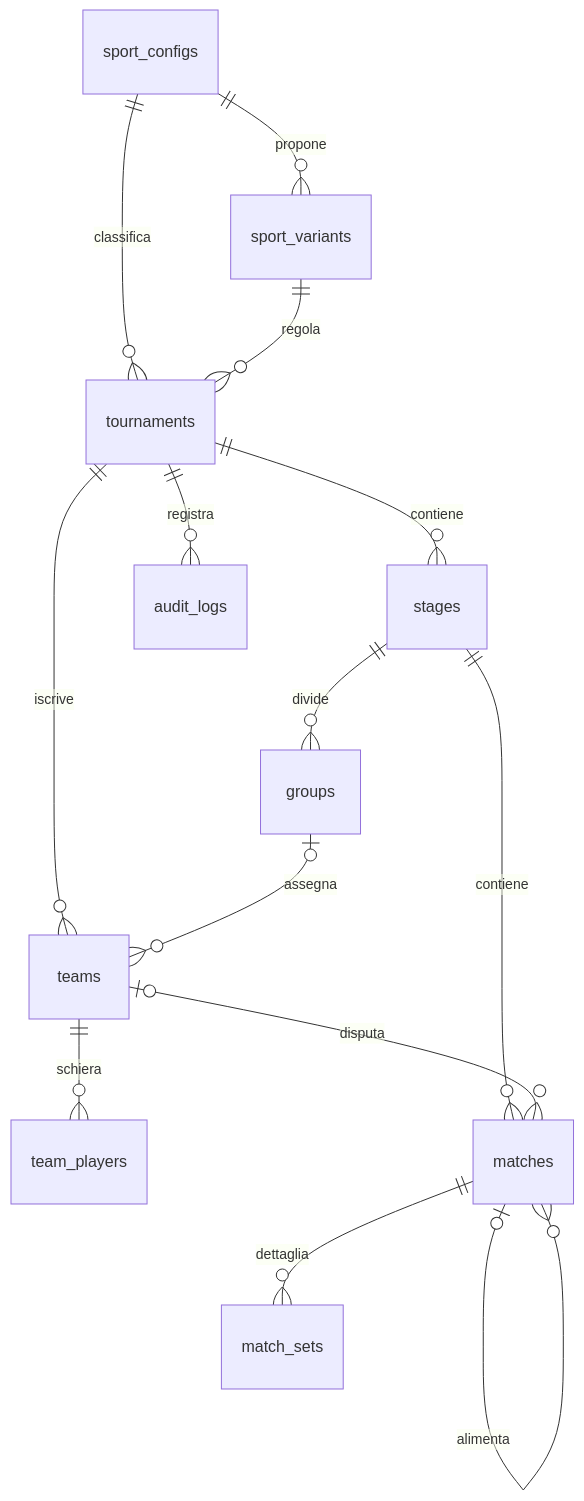
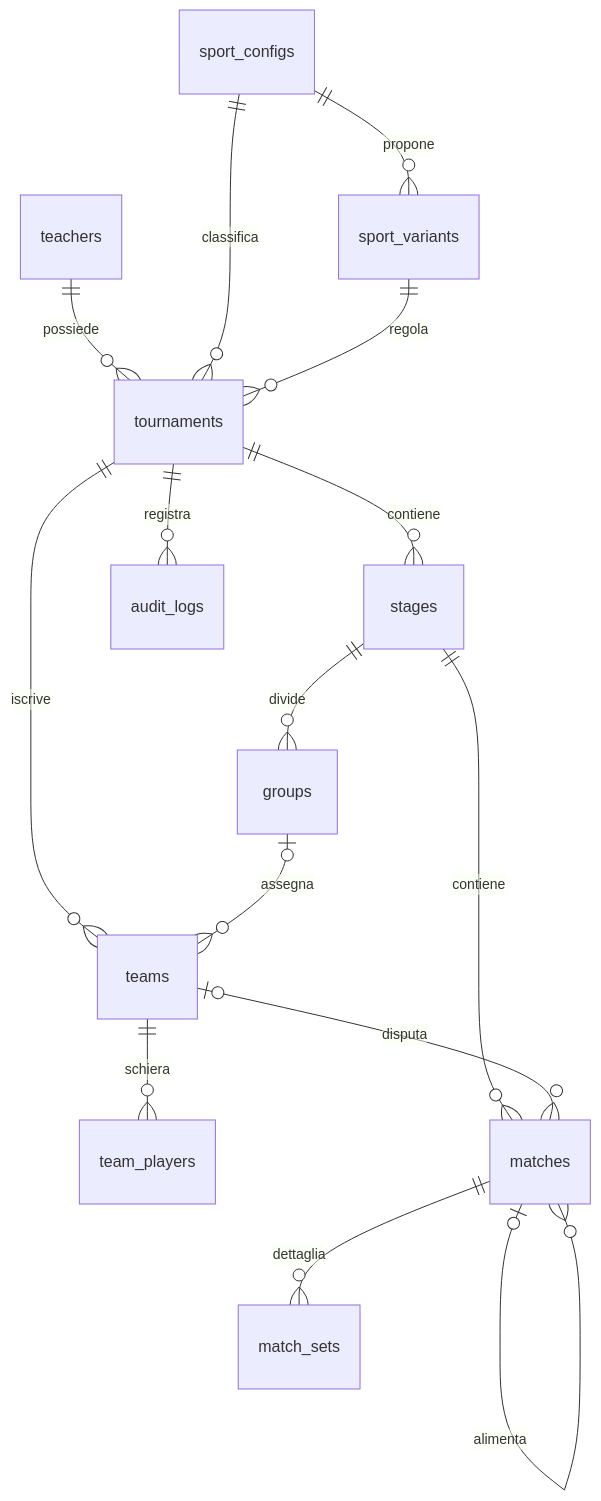
The diagram in docs/DATABASE.md (Leonardo-Lalli/Open-score), drawn with Mermaid before and after one commit. The commit also changed other lines of this file and 34 other files, not shown here.

````diff
--- a/docs/DATABASE.md
+++ b/docs/DATABASE.md
@@ -26,16 +27,17 @@
 ```mermaid
 erDiagram
+  teachers ||--o{ tournaments : possiede
   sport_configs ||--o{ sport_variants : propone
   sport_configs ||--o{ tournaments : classifica
   sport_variants ||--o{ tournaments : regola
   tournaments ||--o{ stages : contiene
   tournaments ||--o{ teams : iscrive
   teams ||--o{ team_players : schiera
   stages ||--o{ groups : divide
   groups o|--o{ teams : assegna
   stages ||--o{ matches : contiene
   teams o|--o{ matches : disputa
   matches ||--o{ match_sets : dettaglia
   matches o|--o{ matches : alimenta
   tournaments ||--o{ audit_logs : registra
 ```
````
